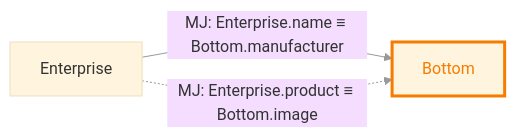
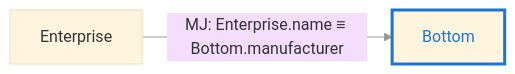
Before and after one commit to LIngcheng-zeng/classRelation: the third of 8 diagrams in classRelationTestCode.md, drawn with Mermaid (base theme). The commit also changed other lines of this file and 1 other file, not shown here.

````diff
--- a/classRelationTestCode.md
+++ b/classRelationTestCode.md
@@ -50,9 +50,8 @@
 ```mermaid
 flowchart LR
     linkStyle default stroke:#999,stroke-width:1px
     Enterprise -->|"MJ: Enterprise.name ≡ Bottom.manufacturer"| Bottom:::readRel
-    Enterprise -.->|"MJ: Enterprise.product ≡ Bottom.image"| Bottom:::writeRel
     classDef readRel stroke:#1976d2,stroke-width:3px,color:#1976d2
     classDef writeRel stroke:#f57c00,stroke-width:3px,color:#f57c00
     classDef inheritRel stroke:#388e3c,stroke-width:3px,color:#388e3c
 ```
````
